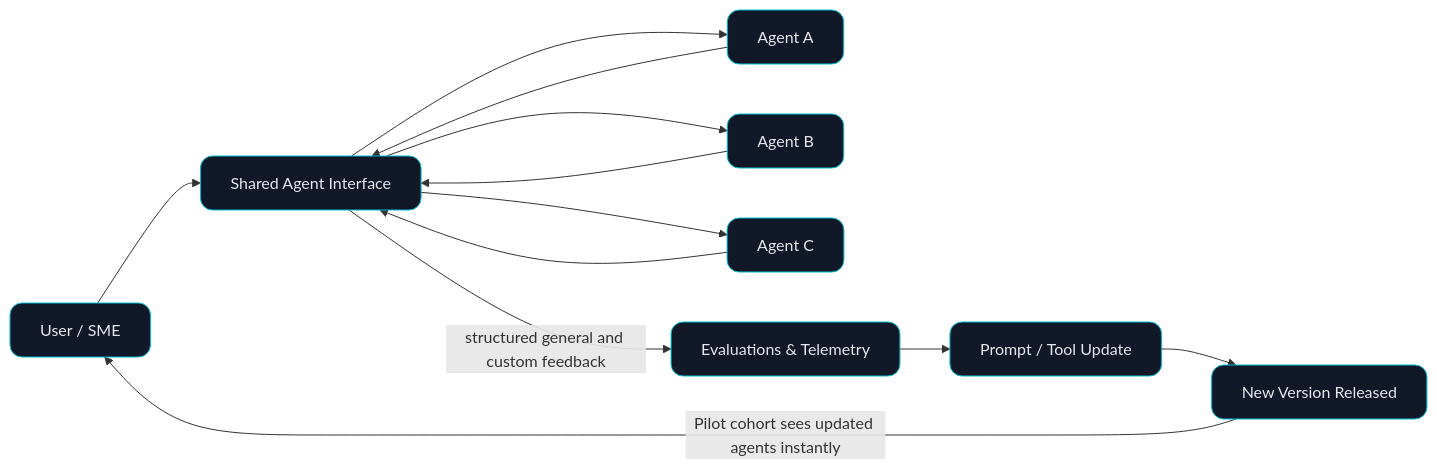
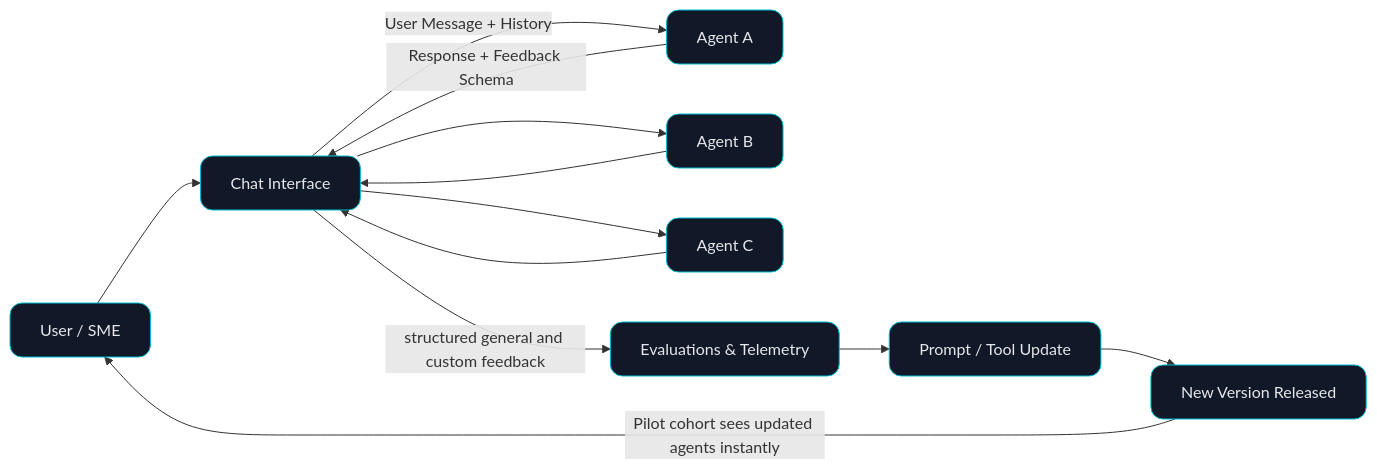
One commit to fsilavong/fsilavong.github.io changed the diagram in docs/blog/posts/interface.md. Above: the diagram before and after it, drawn with Mermaid. The commit also changed other lines of this file, not shown here.

Commit message:
slight change in wording

````diff
--- a/docs/blog/posts/interface.md
+++ b/docs/blog/posts/interface.md
@@ -19,20 +19,20 @@
 ```mermaid
 flowchart LR
     classDef node fill:#111827,stroke:#00bcd4,color:#e5e7eb,rx:12,ry:12,border-width:1.5px;
     classDef edge color:#9ca3af;
 
-    user[User / SME]:::node --> ui[Shared Agent Interface]:::node
+    user[User / SME]:::node --> ui[Chat Interface]:::node
 
-    ui --> A1[Agent A]:::node
+    ui -->|User Message + History| A1[Agent A]:::node
     ui --> A2[Agent B]:::node
     ui --> A3[Agent C]:::node
 
-    A1 --> ui
+    A1 -->|Response + Feedback Schema|ui
     A2 --> ui
     A3 --> ui
 
     ui -->|structured general and custom feedback| evals[Evaluations & Telemetry]:::node
     evals --> update[Prompt / Tool Update]:::node
     update --> release[New Version Released]:::node
     release -->|Pilot cohort sees updated agents instantly| user
 ```
````
